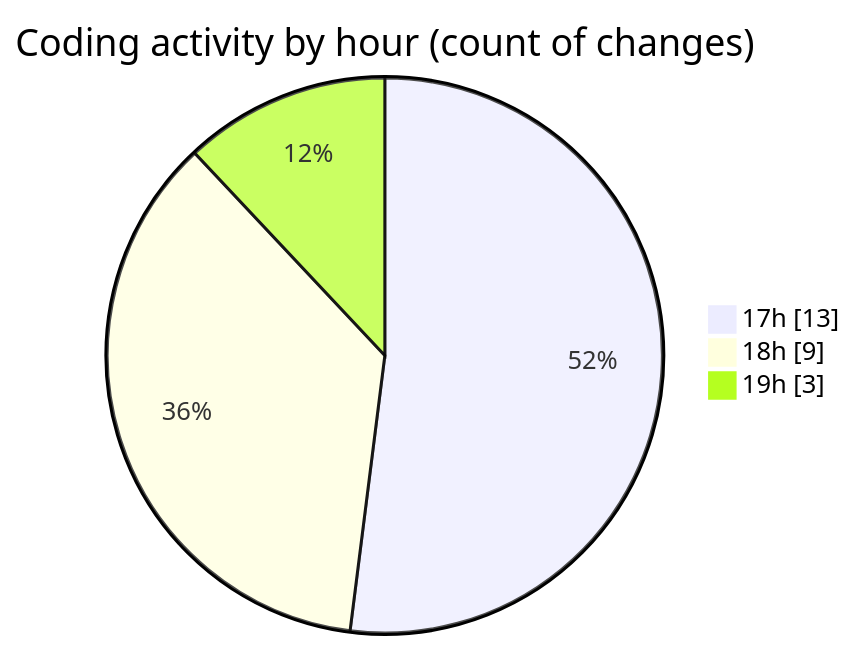
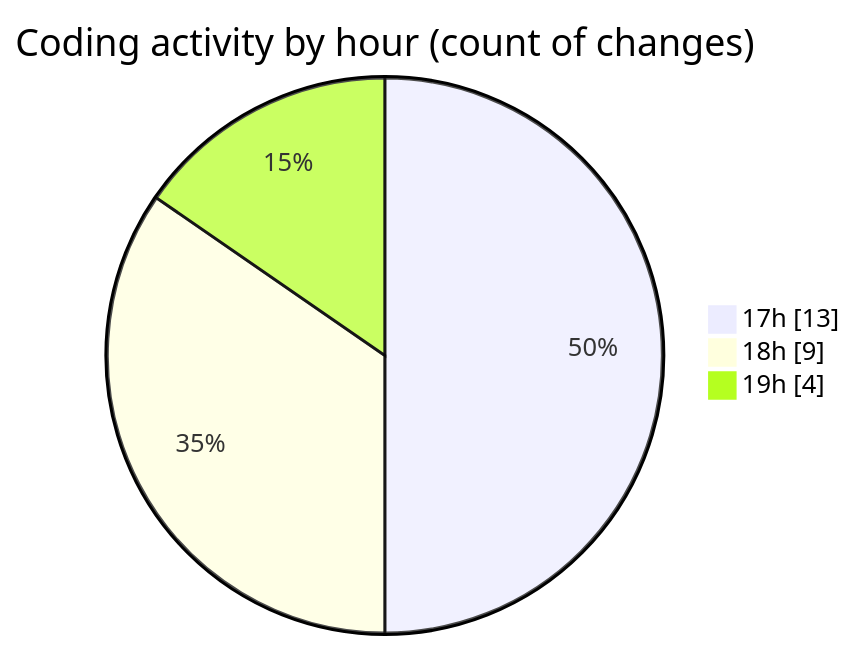
The second of 2 diagrams in 2025-02-01/maps_clone/README.md (donsfak/code-tracking), drawn with Mermaid before and after one commit. The commit also changed other lines of this file and 1 other file, not shown here.

````diff
--- a/2025-02-01/maps_clone/README.md
+++ b/2025-02-01/maps_clone/README.md
@@ -35,7 +35,7 @@
 ```mermaid
 pie showData
 title Coding activity by hour (count of changes)
 "17h" : 13
 "18h" : 9
-"19h" : 3
+"19h" : 4
 ```
````
